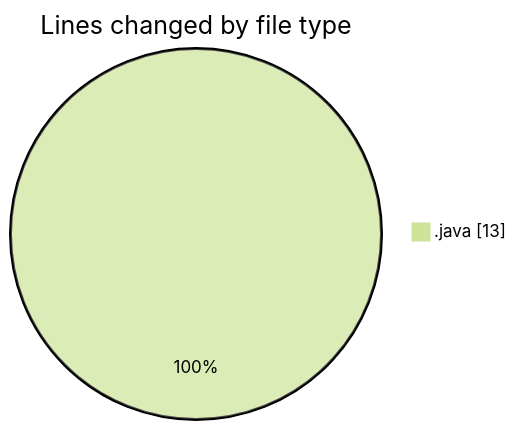
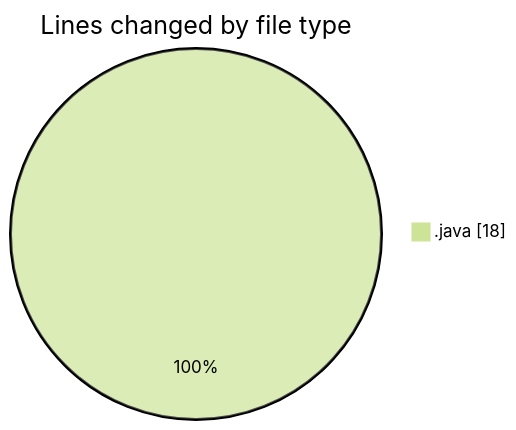
Before and after one commit to hasnaa123/code-tracking: the first of 2 diagrams in 2025-12-28/java_basics/README.md, drawn with Mermaid (forest theme). The commit also changed other lines of this file and 1 other file, not shown here.

````diff
--- a/2025-12-28/java_basics/README.md
+++ b/2025-12-28/java_basics/README.md
@@ -20,5 +20,5 @@
 ```mermaid
 pie showData
 title Lines changed by file type
-".java" : 13
+".java" : 18
 ```
````
